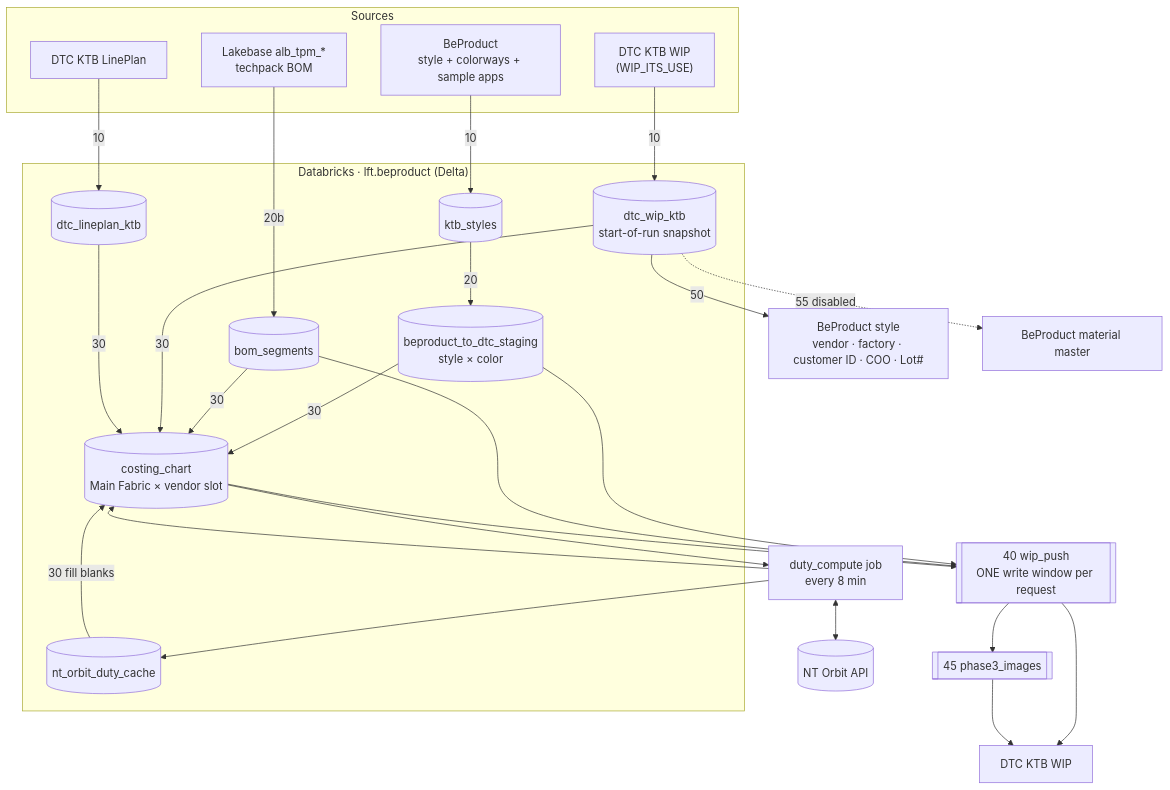
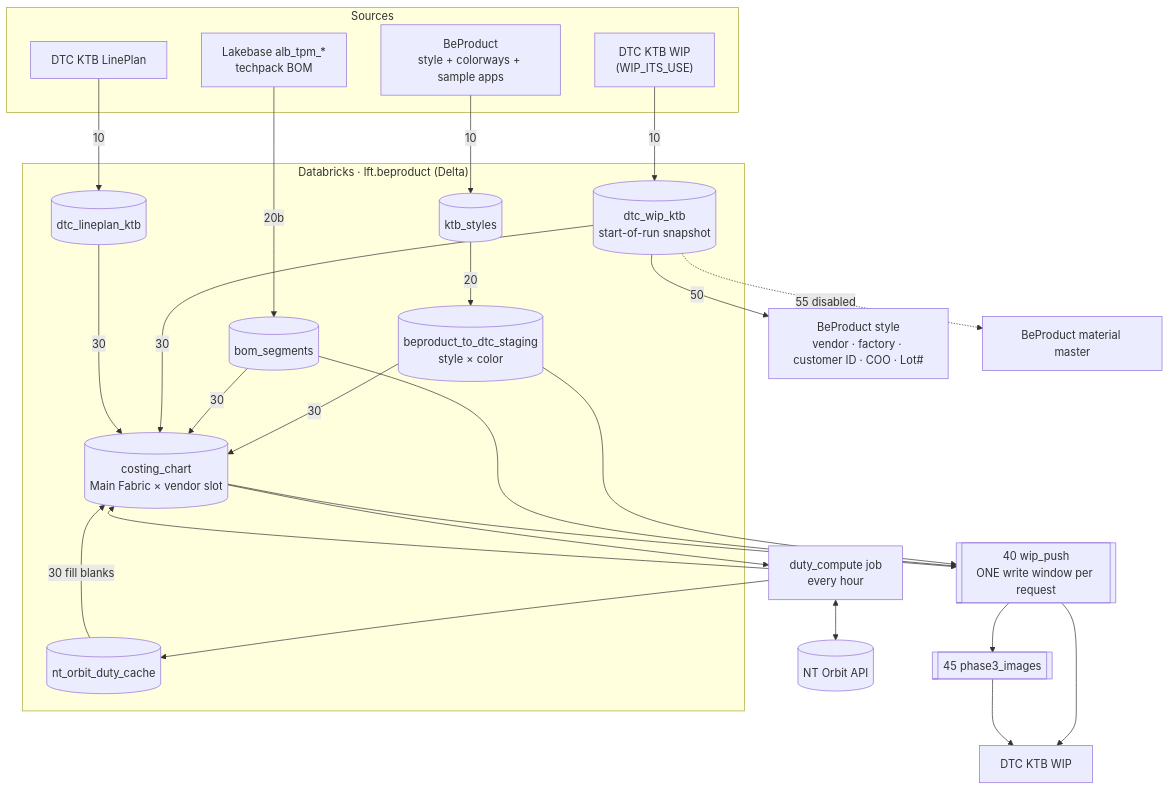
Before and after one commit to aukei/beproduct-databricks-sync: the first of 2 diagrams in docs/ARCHITECTURE.md, drawn with Mermaid. The commit also changed other lines of this file and 9 other files, not shown here.

````diff
--- a/docs/ARCHITECTURE.md
+++ b/docs/ARCHITECTURE.md
@@ -168,37 +168,37 @@
 ```mermaid
 flowchart TD
     subgraph SRC["Sources"]
         bpstyle["BeProduct<br/>style + colorways + sample apps"]
         tpm["Lakebase alb_tpm_*<br/>techpack BOM"]
         dwip_in["DTC KTB WIP<br/>(WIP_ITS_USE)"]
         dlp["DTC KTB LinePlan"]
     end
     subgraph ADB["Databricks · lft.beproduct (Delta)"]
         ktb[(ktb_styles)]
         stg[("beproduct_to_dtc_staging<br/>style × color")]
         bom[(bom_segments)]
         wip[("dtc_wip_ktb<br/>start-of-run snapshot")]
         lp[(dtc_lineplan_ktb)]
         cc[("costing_chart<br/>Main Fabric × vendor slot")]
         cache[(nt_orbit_duty_cache)]
     end
     bpstyle -->|10| ktb -->|20| stg
     tpm -->|20b| bom
     dwip_in -->|10| wip
     dlp -->|10| lp
     stg & bom & wip & lp -->|30| cc
     cache -->|30 fill blanks| cc
 
     push[["40 wip_push<br/>ONE write window per request"]]
     img[["45 phase3_images"]]
     stg & bom & cc --> push
     push --> dwip_out["DTC KTB WIP"]
     push --> img --> dwip_out
 
     wip -->|50| bpback["BeProduct style<br/>vendor · factory · customer ID · COO · Lot#"]
     wip -.->|55 disabled| bpmat["BeProduct material master"]
 
-    duty["duty_compute job<br/>every 8 min"]
+    duty["duty_compute job<br/>every hour"]
     cc --> duty <--> orbit[(NT Orbit API)]
     duty --> cache & cc
 ```
````
